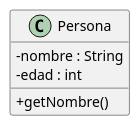
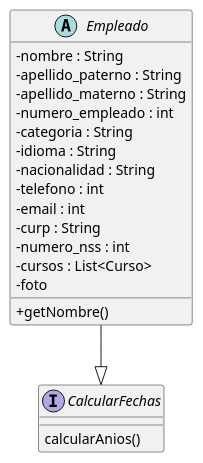
One commit to JoseDom18/HSELine-project changed the diagram in DiagramaClases.md. Above: the diagram before and after it, drawn with PlantUML.

Commit message:
avance DiagramaClases

````diff
--- a/DiagramaClases.md
+++ b/DiagramaClases.md
@@ -1,10 +1,33 @@
 ```plantuml
 @startuml
 skinparam classAttributeIconsize 0
-class Persona {
+
+abstract class Empleado {
+  
   -nombre : String
-  -edad : int
+  -apellido_paterno : String
+  -apellido_materno : String
+  -numero_empleado : int
+  -categoria : String
+  -idioma : String
+  -nacionalidad : String
+  -telefono : int
+  -email : int
+  -curp : String
+  -numero_nss : int
+  -cursos : List<Curso>
+  -foto
+
+
+
   +getNombre()
 }
+
+interface CalcularFechas {
+
+  calcularAnios()
+}
+
+Empleado --|> CalcularFechas
 @enduml
 ```
````
